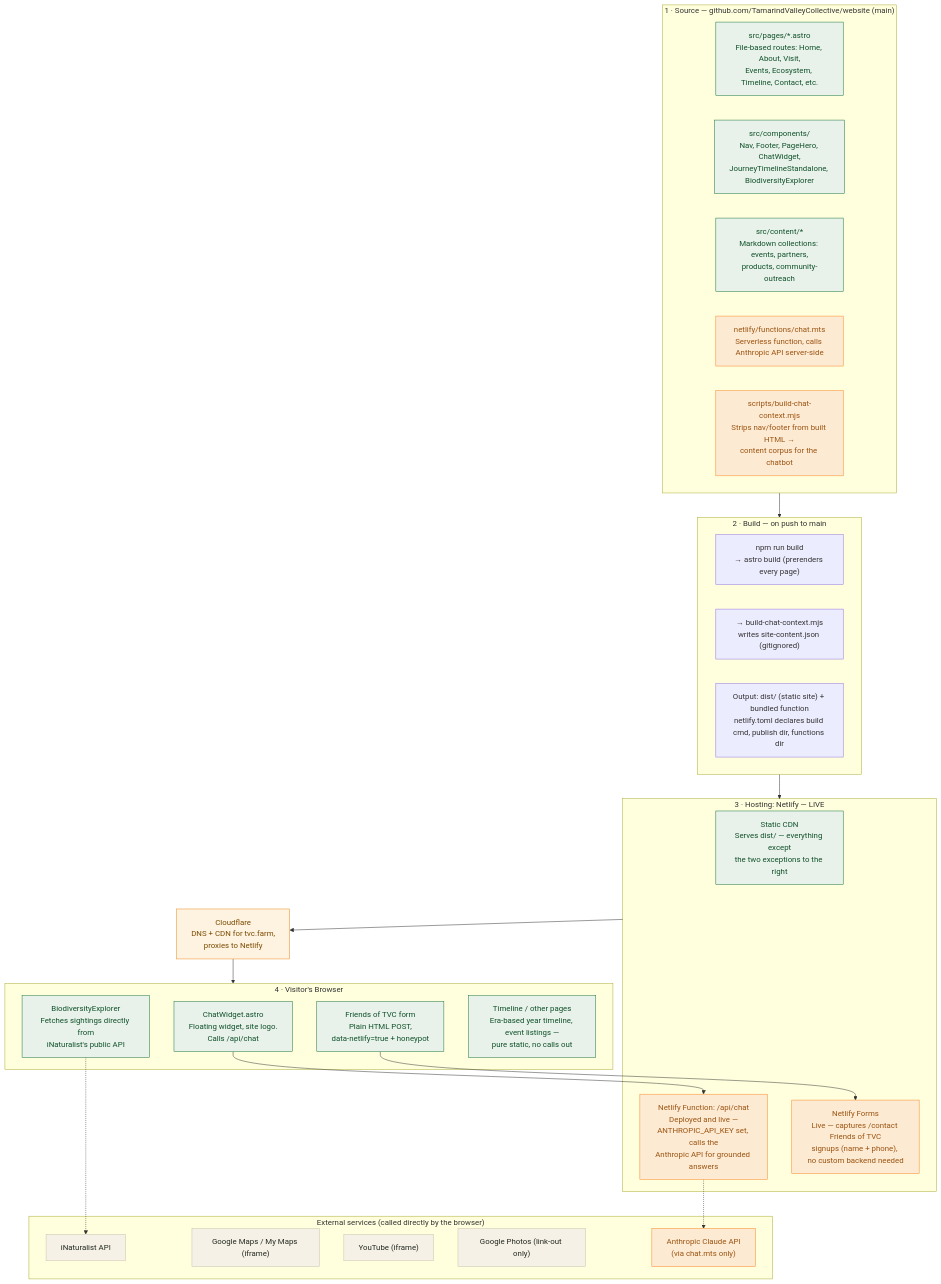
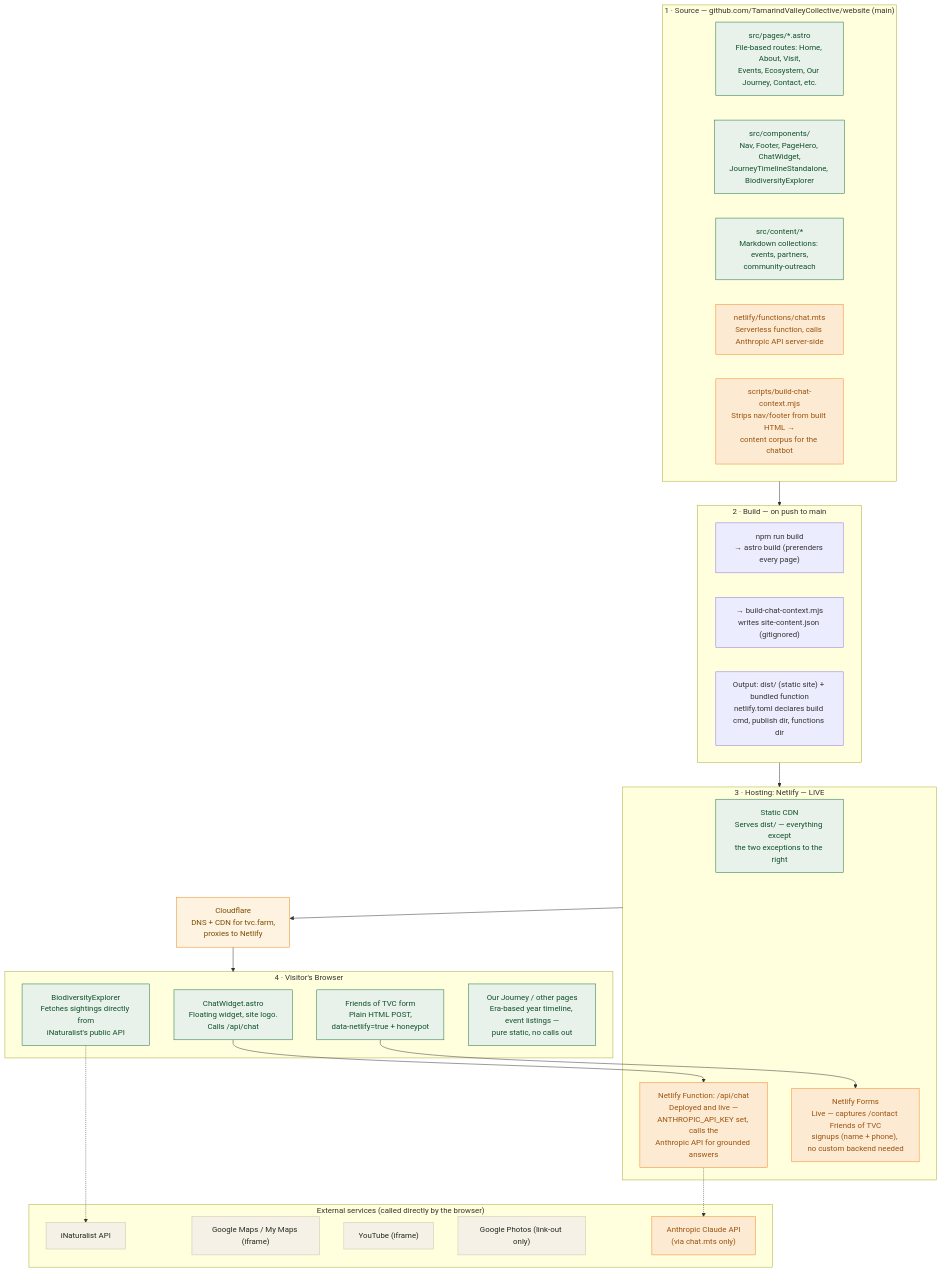
One commit to TamarindValleyCollective/website changed the diagram in ARCHITECTURE.md. Above: the diagram before and after it, drawn with Mermaid. The commit also changed other lines of this file and 9 other files, not shown here.

````diff
--- a/ARCHITECTURE.md
+++ b/ARCHITECTURE.md
@@ -20,58 +20,58 @@
 ```mermaid
 flowchart TD
     subgraph SRC["1 · Source — github.com/TamarindValleyCollective/website (main)"]
-        PAGES["src/pages/*.astro<br/>File-based routes: Home, About, Visit,<br/>Events, Ecosystem, Timeline, Contact, etc."]
+        PAGES["src/pages/*.astro<br/>File-based routes: Home, About, Visit,<br/>Events, Ecosystem, Our Journey, Contact, etc."]
         COMPONENTS["src/components/<br/>Nav, Footer, PageHero, ChatWidget,<br/>JourneyTimelineStandalone, BiodiversityExplorer"]
-        CONTENT["src/content/*<br/>Markdown collections: events, partners,<br/>products, community-outreach"]
+        CONTENT["src/content/*<br/>Markdown collections: events, partners,<br/>community-outreach"]
         FUNC_SRC["netlify/functions/chat.mts<br/>Serverless function, calls Anthropic API server-side"]
         SCRIPT_SRC["scripts/build-chat-context.mjs<br/>Strips nav/footer from built HTML →<br/>content corpus for the chatbot"]
     end
 
     subgraph BUILD["2 · Build — on push to main"]
         B1["npm run build<br/>→ astro build (prerenders every page)"]
         B2["→ build-chat-context.mjs<br/>writes site-content.json (gitignored)"]
         B3["Output: dist/ (static site) + bundled function<br/>netlify.toml declares build cmd, publish dir, functions dir"]
     end
 
     subgraph HOST["3 · Hosting: Netlify — LIVE"]
         CDN["Static CDN<br/>Serves dist/ — everything except<br/>the two exceptions to the right"]
         APIFN["Netlify Function: /api/chat<br/>Deployed and live —<br/>ANTHROPIC_API_KEY set, calls the<br/>Anthropic API for grounded answers"]
         FORMS["Netlify Forms<br/>Live — captures /contact Friends of TVC<br/>signups (name + phone), no custom backend needed"]
     end
 
     CF["Cloudflare<br/>DNS + CDN for tvc.farm,<br/>proxies to Netlify"]
 
     subgraph BROWSER["4 · Visitor's Browser"]
         CHATW["ChatWidget.astro<br/>Floating widget, site logo.<br/>Calls /api/chat"]
         NEWS["Friends of TVC form<br/>Plain HTML POST,<br/>data-netlify=true + honeypot"]
         BIODIV["BiodiversityExplorer<br/>Fetches sightings directly from<br/>iNaturalist's public API"]
-        TIMELINE["Timeline / other pages<br/>Era-based year timeline, event listings —<br/>pure static, no calls out"]
+        TIMELINE["Our Journey / other pages<br/>Era-based year timeline, event listings —<br/>pure static, no calls out"]
     end
 
     subgraph EXTERNAL["External services (called directly by the browser)"]
         INAT["iNaturalist API"]
         GMAPS["Google Maps / My Maps (iframe)"]
         YT["YouTube (iframe)"]
         GPHOTOS["Google Photos (link-out only)"]
         ANTHROPIC["Anthropic Claude API<br/>(via chat.mts only)"]
     end
 
     SRC --> BUILD
     BUILD --> HOST
     HOST --> CF
     CF --> BROWSER
     BIODIV -.-> INAT
     APIFN -.-> ANTHROPIC
     CHATW --> APIFN
     NEWS --> FORMS
 
     classDef staticStyle fill:#e8f2ea,stroke:#17723b,color:#0f5029
     classDef netlifyStyle fill:#fdead3,stroke:#f78520,color:#9a5310
     classDef externalStyle fill:#f6f1e7,stroke:#c9c2a8,color:#22291f
     classDef cfStyle fill:#fef3e0,stroke:#e8891c,color:#7a4a00
 
     class PAGES,COMPONENTS,CONTENT,CHATW,NEWS,BIODIV,TIMELINE,CDN staticStyle
     class FUNC_SRC,SCRIPT_SRC,APIFN,FORMS,ANTHROPIC netlifyStyle
     class INAT,GMAPS,YT,GPHOTOS externalStyle
     class CF cfStyle
 ```
````
